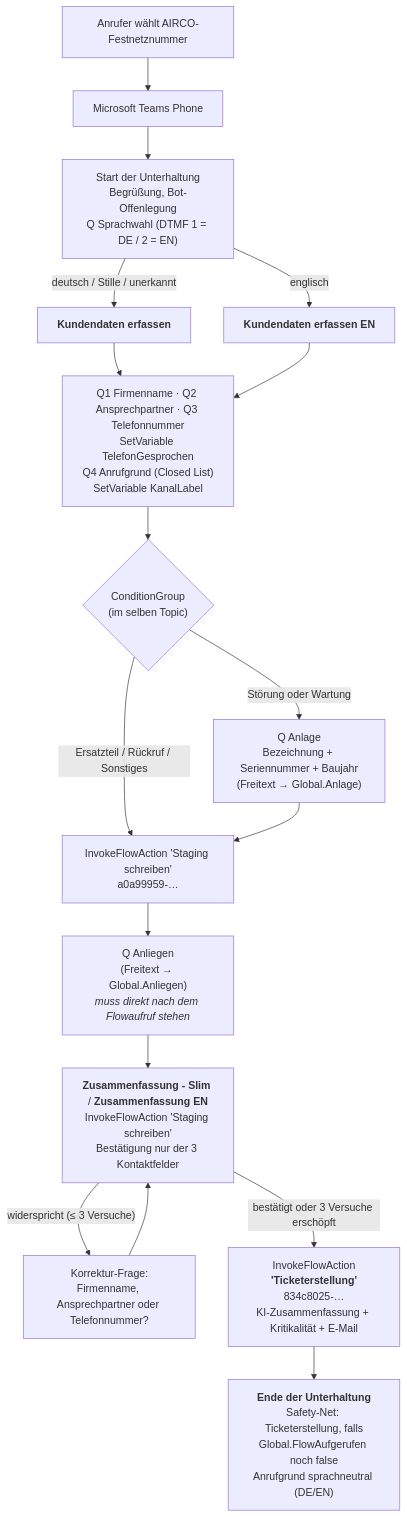
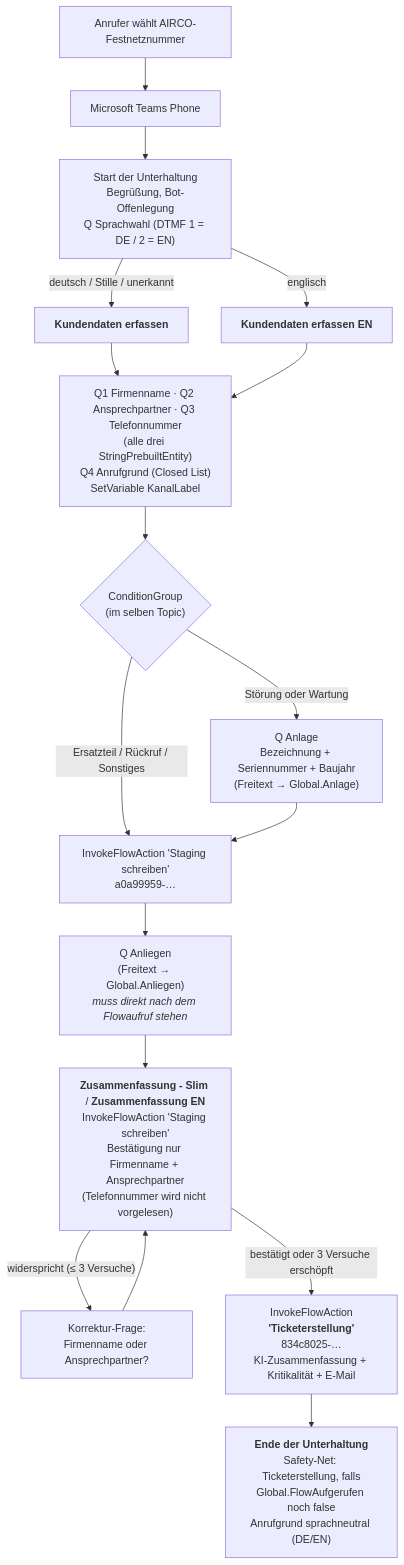
The first of 5 diagrams in Architektur.md (mdouk/AIRCO_Telefonbot), drawn with Mermaid before and after one commit. The commit also changed other lines of this file and 15 other files, not shown here.

First line of the commit message:
Telefonnummer-Rueckbau + Loeschen der verwaisten Topics

````diff
--- a/Architektur.md
+++ b/Architektur.md
@@ -218,24 +229,24 @@
 ```mermaid
 flowchart TD
     Anruf["Anrufer wählt AIRCO-Festnetznummer"] --> Teams["Microsoft Teams Phone"]
     Teams --> Start["Start der Unterhaltung<br/>Begrüßung, Bot-Offenlegung<br/>Q Sprachwahl (DTMF 1 = DE / 2 = EN)"]
     Start -->|"englisch"| KundeEN["<b>Kundendaten erfassen EN</b>"]
     Start -->|"deutsch / Stille / unerkannt"| Kunde["<b>Kundendaten erfassen</b>"]
 
-    Kunde --> Block["Q1 Firmenname · Q2 Ansprechpartner · Q3 Telefonnummer<br/>SetVariable TelefonGesprochen<br/>Q4 Anrufgrund (Closed List)<br/>SetVariable KanalLabel"]
+    Kunde --> Block["Q1 Firmenname · Q2 Ansprechpartner · Q3 Telefonnummer<br/>(alle drei StringPrebuiltEntity)<br/>Q4 Anrufgrund (Closed List)<br/>SetVariable KanalLabel"]
     KundeEN --> Block
 
     Block --> Grund{"ConditionGroup<br/>(im selben Topic)"}
     Grund -->|"Störung oder Wartung"| Anlage["Q Anlage<br/>Bezeichnung + Seriennummer + Baujahr<br/>(Freitext → Global.Anlage)"]
     Grund -->|"Ersatzteil / Rückruf / Sonstiges"| Staging
     Anlage --> Staging["InvokeFlowAction 'Staging schreiben'<br/>a0a99959-…"]
     Staging --> Anliegen["Q Anliegen<br/>(Freitext → Global.Anliegen)<br/><i>muss direkt nach dem Flowaufruf stehen</i>"]
 
-    Anliegen --> Summe["<b>Zusammenfassung - Slim</b> / <b>Zusammenfassung EN</b><br/>InvokeFlowAction 'Staging schreiben'<br/>Bestätigung nur der 3 Kontaktfelder"]
+    Anliegen --> Summe["<b>Zusammenfassung - Slim</b> / <b>Zusammenfassung EN</b><br/>InvokeFlowAction 'Staging schreiben'<br/>Bestätigung nur Firmenname + Ansprechpartner<br/>(Telefonnummer wird nicht vorgelesen)"]
 
-    Summe -->|"widerspricht (≤ 3 Versuche)"| Korrektur["Korrektur-Frage:<br/>Firmenname, Ansprechpartner oder Telefonnummer?"]
+    Summe -->|"widerspricht (≤ 3 Versuche)"| Korrektur["Korrektur-Frage:<br/>Firmenname oder Ansprechpartner?"]
     Korrektur --> Summe
     Summe -->|"bestätigt oder 3 Versuche erschöpft"| Ticket["InvokeFlowAction<br/><b>'Ticketerstellung'</b><br/>834c8025-…<br/>KI-Zusammenfassung + Kritikalität + E-Mail"]
 
     Ticket --> Ende["<b>Ende der Unterhaltung</b><br/>Safety-Net: Ticketerstellung, falls<br/>Global.FlowAufgerufen noch false<br/>Anrufgrund sprachneutral (DE/EN)"]
 ```
````
